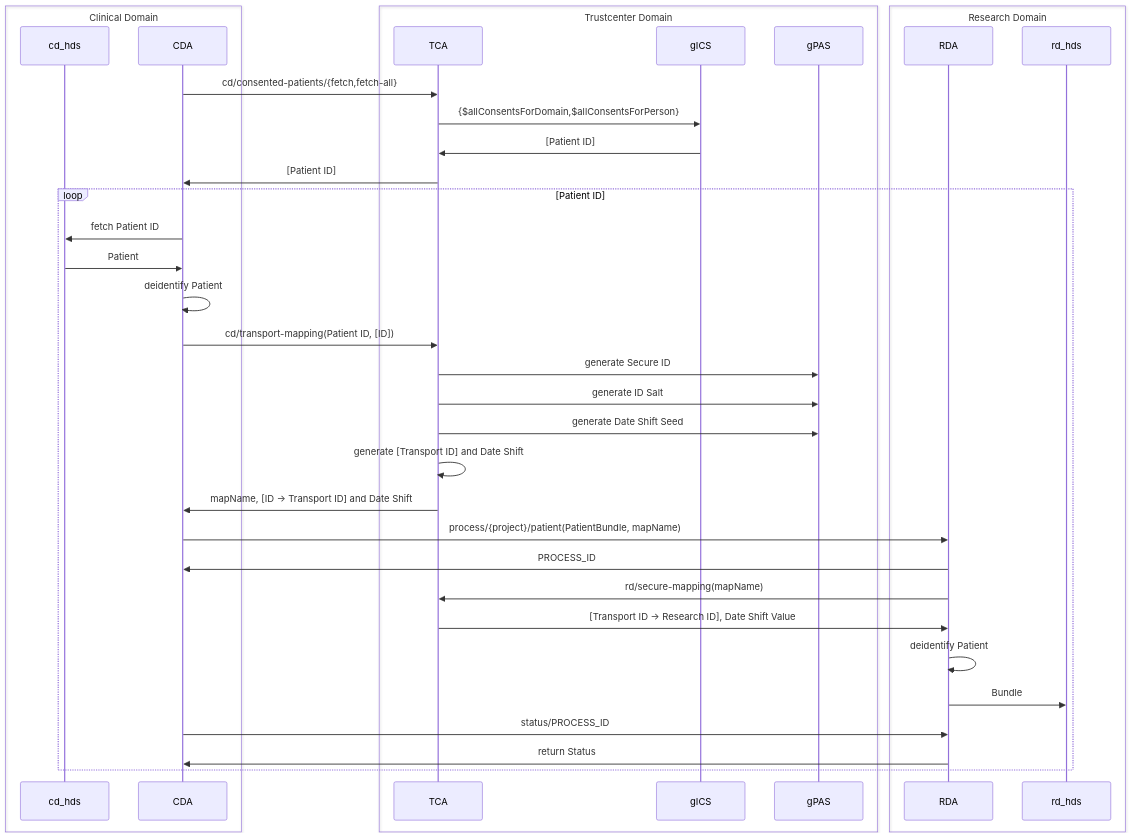
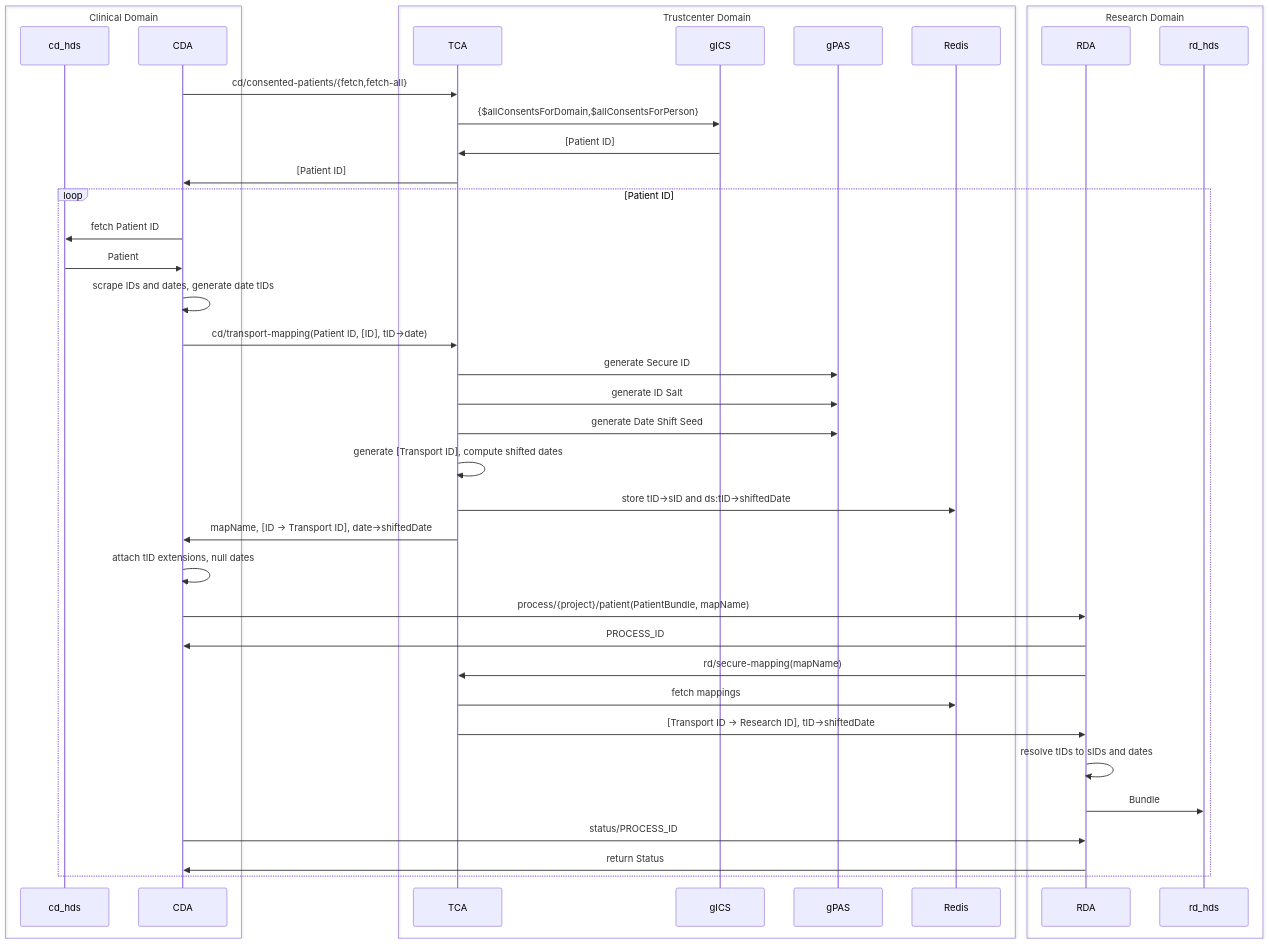
One commit to medizininformatik-initiative/fts-next changed the diagram in docs/contributing/overview.md. Above: the diagram before and after it, drawn with Mermaid. The commit also changed 8 other files, not shown here.

First line of the commit message:
Refactor: Consolidate Date Shift Constants

````diff
--- a/docs/contributing/overview.md
+++ b/docs/contributing/overview.md
@@ -14,41 +14,45 @@
 ```mermaid
 sequenceDiagram
   box Clinical Domain
     participant cd_hds
     participant CDA
   end
   box Trustcenter Domain
     participant TCA
     participant gICS
     participant gPAS
+    participant Redis
   end
   box Research Domain
     participant RDA
     participant rd_hds
   end
 
   CDA ->> TCA: cd/consented-patients/{fetch,fetch-all}
   TCA ->> gICS: {$allConsentsForDomain,$allConsentsForPerson}
   gICS ->> TCA: [Patient ID]
   TCA ->> CDA: [Patient ID]
 
   loop Patient ID
     CDA ->> cd_hds: fetch Patient ID
     cd_hds ->> CDA: Patient
-    CDA ->> CDA: deidentify Patient
-    CDA ->> TCA: cd/transport-mapping(Patient ID, [ID])
+    CDA ->> CDA: scrape IDs and dates, generate date tIDs
+    CDA ->> TCA: cd/transport-mapping(Patient ID, [ID], tID→date)
     TCA ->> gPAS: generate Secure ID
     TCA ->> gPAS: generate ID Salt
-      TCA ->> gPAS: generate Date Shift Seed
-    TCA ->> TCA: generate [Transport ID] and Date Shift
-    TCA ->> CDA: mapName, [ID -> Transport ID] and Date Shift
+    TCA ->> gPAS: generate Date Shift Seed
+    TCA ->> TCA: generate [Transport ID], compute shifted dates
+    TCA ->> Redis: store tID→sID and ds:tID→shiftedDate
+    TCA ->> CDA: mapName, [ID -> Transport ID], date→shiftedDate
+    CDA ->> CDA: attach tID extensions, null dates
     CDA ->> RDA: process/{project}/patient(PatientBundle, mapName)
     RDA ->> CDA: PROCESS_ID
     RDA ->> TCA: rd/secure-mapping(mapName)
-    TCA ->> RDA: [Transport ID -> Research ID], Date Shift Value
-    RDA ->> RDA: deidentify Patient
+    TCA ->> Redis: fetch mappings
+    TCA ->> RDA: [Transport ID -> Research ID], tID→shiftedDate
+    RDA ->> RDA: resolve tIDs to sIDs and dates
     RDA ->> rd_hds: Bundle
     CDA ->> RDA: status/PROCESS_ID
     RDA ->> CDA: return Status
   end
 ```
````
